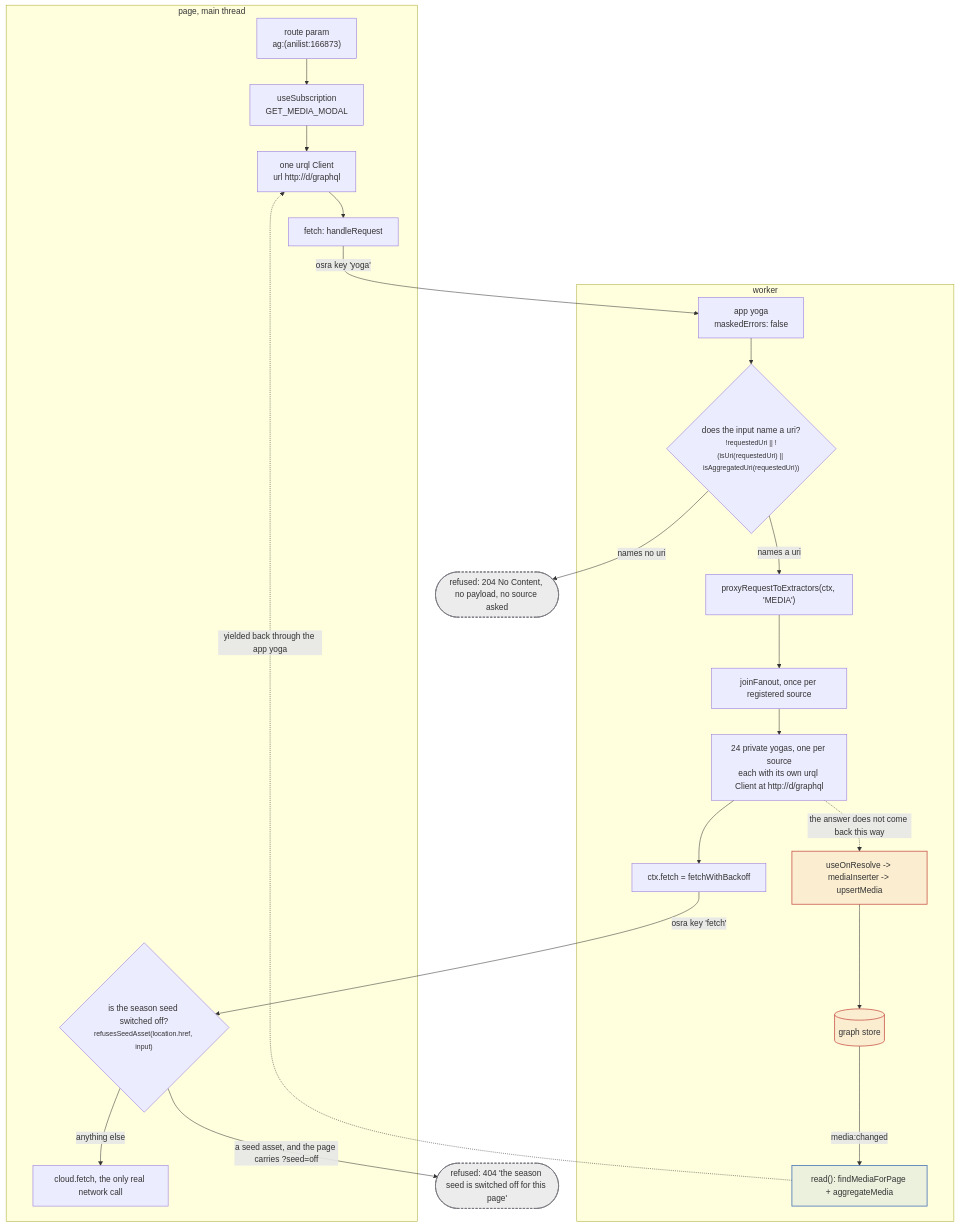
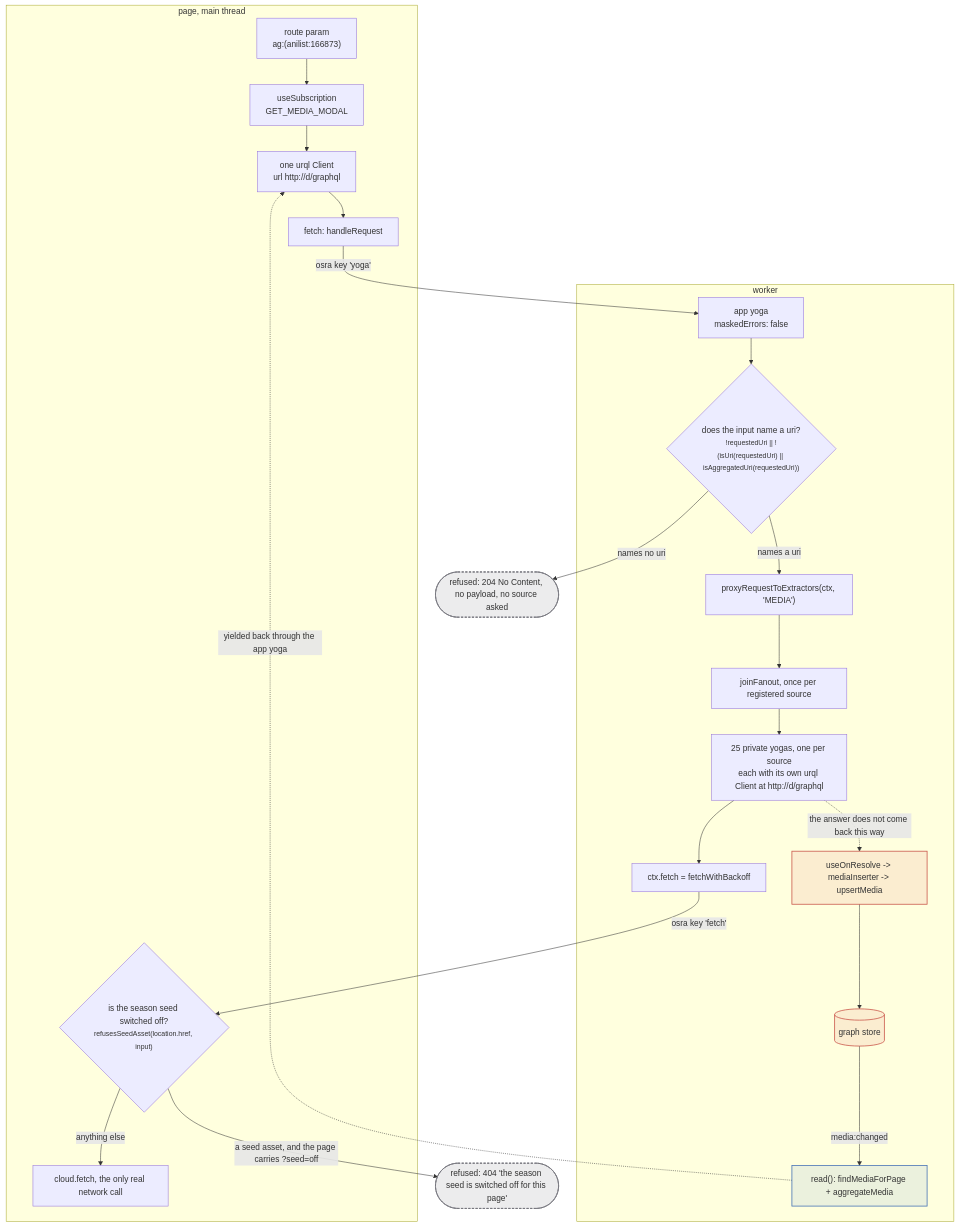
The first of 4 diagrams in docs/src/content/docs/request/page-to-worker.md (banou26/stub), drawn with Mermaid before and after one commit. The commit also changed other lines of this file and 13 other files, not shown here.

````diff
--- a/docs/src/content/docs/request/page-to-worker.md
+++ b/docs/src/content/docs/request/page-to-worker.md
@@ -17,45 +17,45 @@
 ```mermaid
 flowchart TD
   subgraph page["page, main thread"]
     A["route param<br/>ag:(anilist:166873)"]
     B["useSubscription<br/>GET_MEDIA_MODAL"]
     C["one urql Client<br/>url http://d/graphql"]
     D["fetch: handleRequest"]
     S{"is the season seed switched off?<br/><small>refusesSeedAsset(location.href, input)</small>"}
     E["cloud.fetch, the only real network call"]
   end
   subgraph worker["worker"]
     F["app yoga<br/>maskedErrors: false"]
     G{"does the input name a uri?<br/><small>!requestedUri || !(isUri(requestedUri) || isAggregatedUri(requestedUri))</small>"}
     H["proxyRequestToExtractors(ctx, 'MEDIA')"]
     I["joinFanout, once per registered source"]
-    J["24 private yogas, one per source<br/>each with its own urql Client at http://d/graphql"]
+    J["25 private yogas, one per source<br/>each with its own urql Client at http://d/graphql"]
     K["ctx.fetch = fetchWithBackoff"]
     L["useOnResolve -> mediaInserter -> upsertMedia"]
     M[("graph store")]
     N["read(): findMediaForPage + aggregateMedia"]
   end
   R(["refused: 204 No Content, no payload, no source asked"])
   T(["refused: 404 'the season seed is switched off for this page'"])
   A --> B --> C --> D
   D -->|"osra key 'yoga'"| F
   F --> G
   G -->|"names no uri"| R
   G -->|"names a uri"| H
   H --> I --> J
   J --> K
   K -->|"osra key 'fetch'"| S
   S -->|"a seed asset, and the page carries ?seed=off"| T
   S -->|"anything else"| E
   J -.->|"the answer does not come back this way"| L
   L --> M
   M -->|"media:changed"| N
   N -.->|"yielded back through the app yoga"| C
   classDef irrev fill:#e0796f22,stroke:#c9564a,stroke-width:1.5px
   classDef ratchet fill:#f2b45c22,stroke:#b8801f,stroke-width:1.5px
   classDef view fill:#6b95cd22,stroke:#4572b5,stroke-width:1.5px
   classDef refuse fill:#74757c22,stroke:#74757c,stroke-width:1.5px,stroke-dasharray:4 3
   class L,M irrev
   class N view
   class R,T refuse
 ```
````
